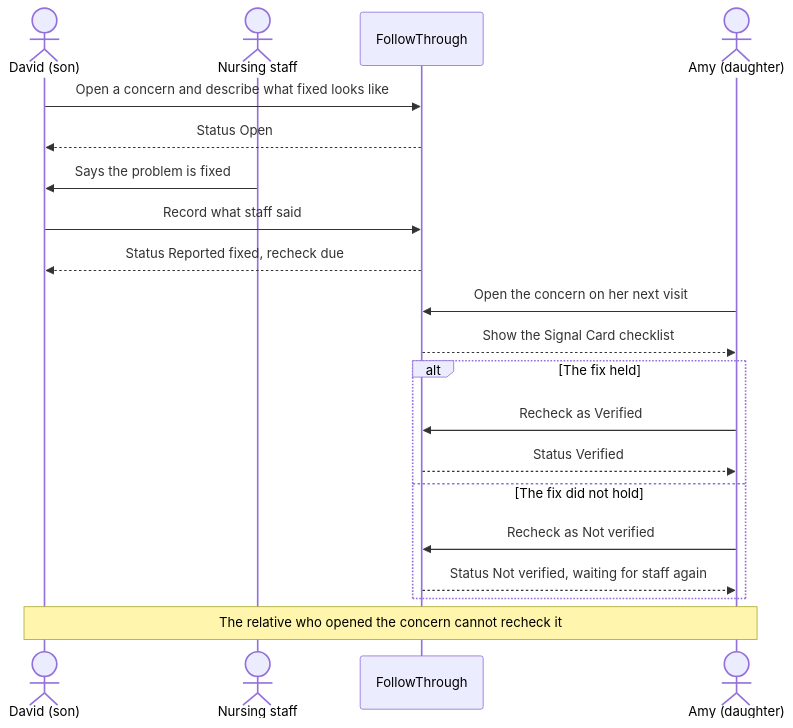
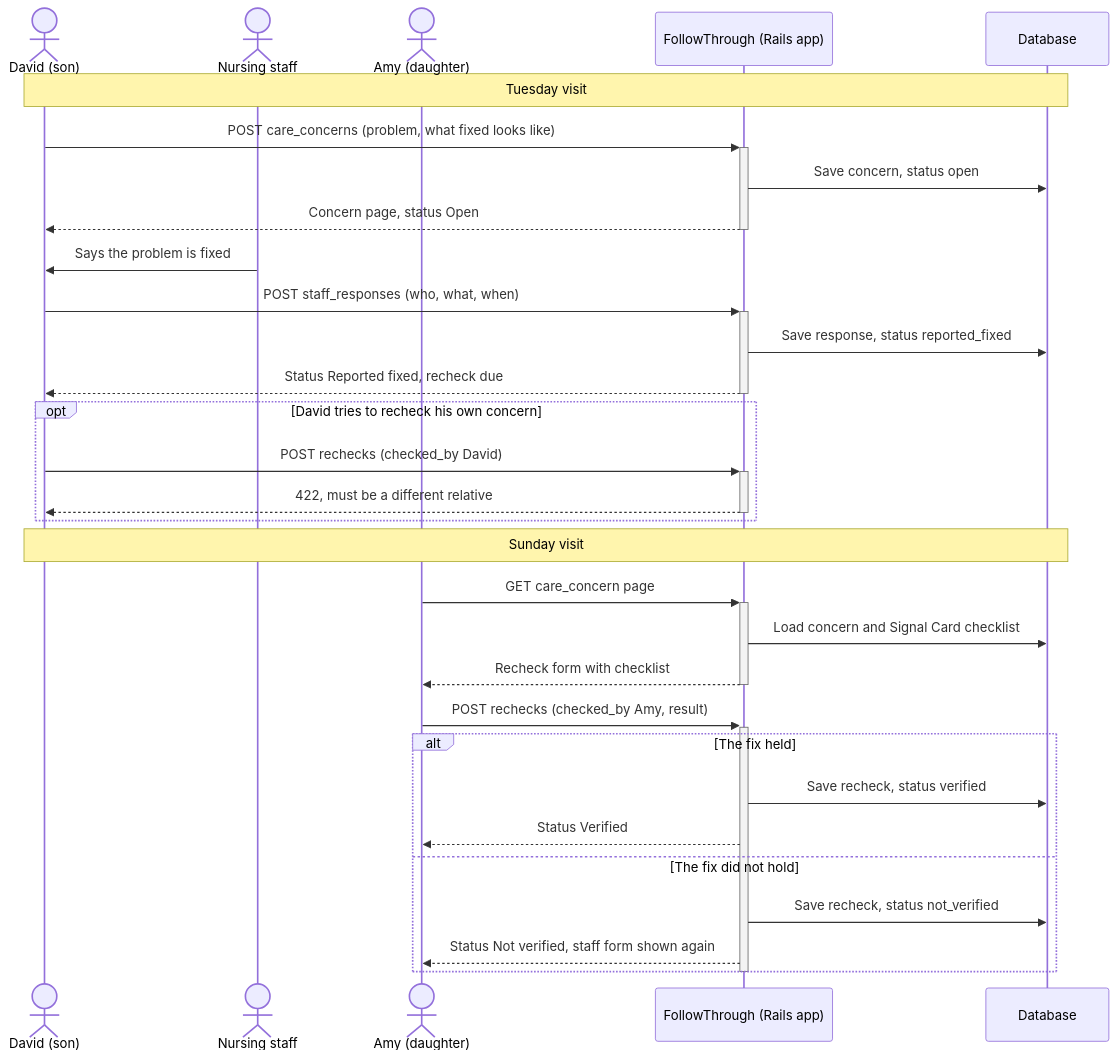
Before and after one commit to Zoeooeo/followthrough: the diagram in README.md, drawn with Mermaid.

Commit message:
Enhance README sequence diagram with database details

````diff
--- a/README.md
+++ b/README.md
@@ -24,23 +24,36 @@
 ```mermaid
 sequenceDiagram
     actor David as David (son)
     actor Staff as Nursing staff
-    participant App as FollowThrough
     actor Amy as Amy (daughter)
+    participant App as FollowThrough (Rails app)
+    participant DB as Database
 
-    David->>App: Open a concern and describe what fixed looks like
-    App-->>David: Status Open
+    Note over David,DB: Tuesday visit
+    David->>+App: POST care_concerns (problem, what fixed looks like)
+    App->>DB: Save concern, status open
+    App-->>-David: Concern page, status Open
     Staff->>David: Says the problem is fixed
-    David->>App: Record what staff said
-    App-->>David: Status Reported fixed, recheck due
-    Amy->>App: Open the concern on her next visit
-    App-->>Amy: Show the Signal Card checklist
+    David->>+App: POST staff_responses (who, what, when)
+    App->>DB: Save response, status reported_fixed
+    App-->>-David: Status Reported fixed, recheck due
+
+    opt David tries to recheck his own concern
+        David->>+App: POST rechecks (checked_by David)
+        App-->>-David: 422, must be a different relative
+    end
+
+    Note over David,DB: Sunday visit
+    Amy->>+App: GET care_concern page
+    App->>DB: Load concern and Signal Card checklist
+    App-->>-Amy: Recheck form with checklist
+    Amy->>+App: POST rechecks (checked_by Amy, result)
     alt The fix held
-        Amy->>App: Recheck as Verified
+        App->>DB: Save recheck, status verified
         App-->>Amy: Status Verified
     else The fix did not hold
-        Amy->>App: Recheck as Not verified
-        App-->>Amy: Status Not verified, waiting for staff again
+        App->>DB: Save recheck, status not_verified
+        App-->>Amy: Status Not verified, staff form shown again
     end
-    Note over David,Amy: The relative who opened the concern cannot recheck it
+    deactivate App
 ```
````
